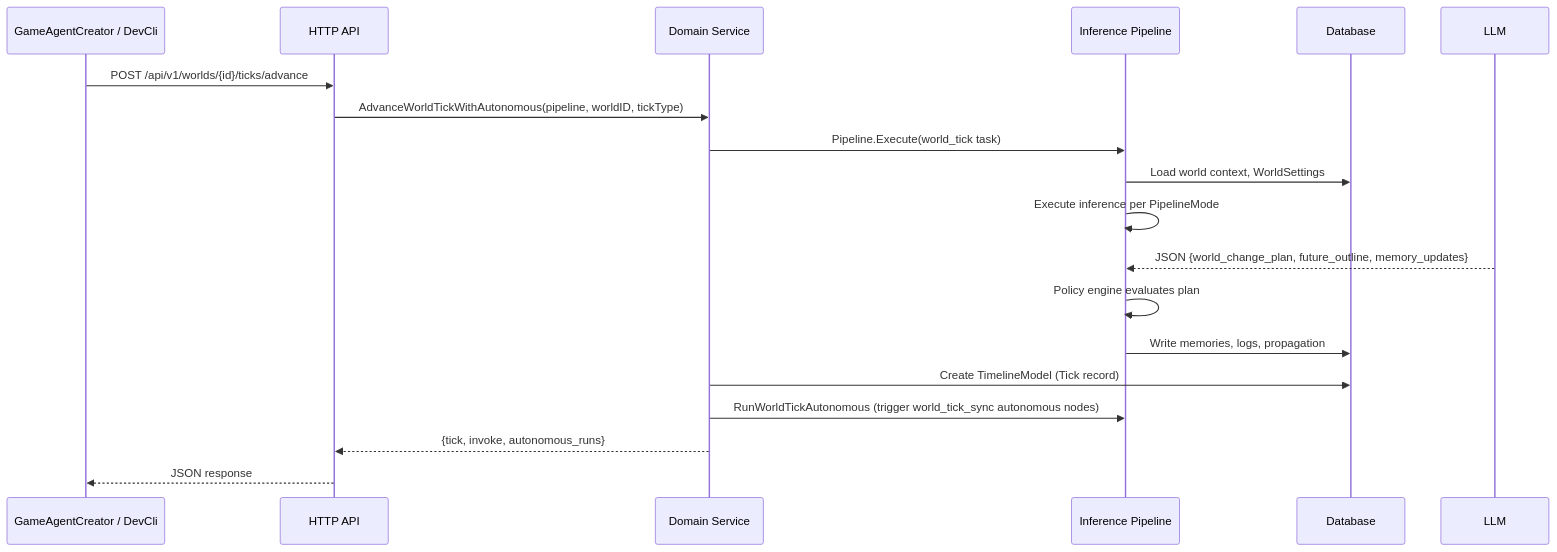
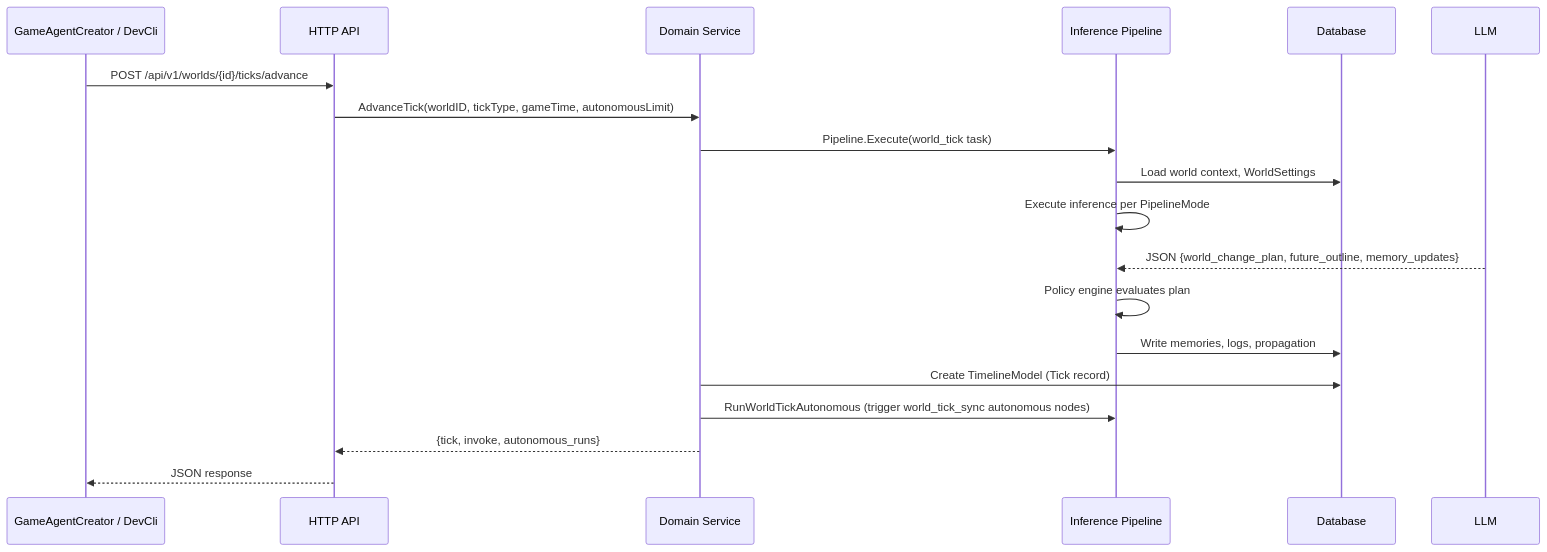
Before and after one commit to ZSLTChenXiYin/GameAgentEngine: the third of 3 diagrams in docs/ARCHITECTURE_EN.md, drawn with Mermaid. The commit also changed 32 other files, not shown here.

````diff
--- a/docs/ARCHITECTURE_EN.md
+++ b/docs/ARCHITECTURE_EN.md
@@ -171,21 +171,21 @@
 ```mermaid
 sequenceDiagram
     participant Client as GameAgentCreator / DevCli
     participant API as HTTP API
     participant SVC as Domain Service
     participant ENG as Inference Pipeline
     participant DB as Database
 
     Client->>API: POST /api/v1/worlds/{id}/ticks/advance
-    API->>SVC: AdvanceWorldTickWithAutonomous(pipeline, worldID, tickType)
+    API->>SVC: AdvanceTick(worldID, tickType, gameTime, autonomousLimit)
     SVC->>ENG: Pipeline.Execute(world_tick task)
     ENG->>DB: Load world context, WorldSettings
     ENG->>ENG: Execute inference per PipelineMode
     LLM-->>ENG: JSON {world_change_plan, future_outline, memory_updates}
     ENG->>ENG: Policy engine evaluates plan
     ENG->>DB: Write memories, logs, propagation
     SVC->>DB: Create TimelineModel (Tick record)
     SVC->>ENG: RunWorldTickAutonomous (trigger world_tick_sync autonomous nodes)
     SVC-->>API: {tick, invoke, autonomous_runs}
     API-->>Client: JSON response
 ```
````
